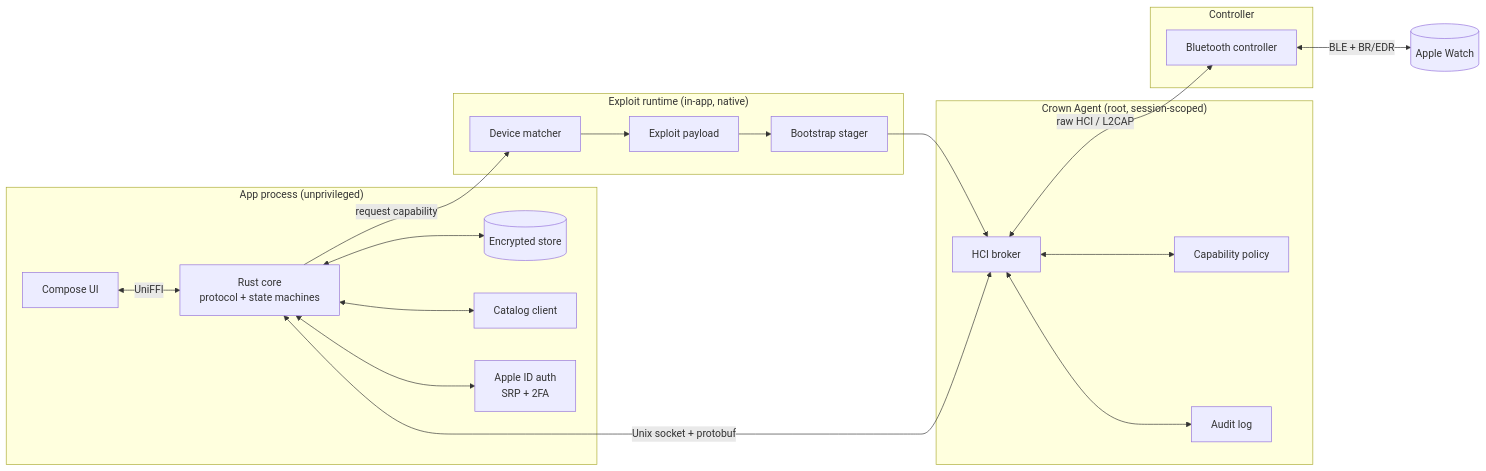
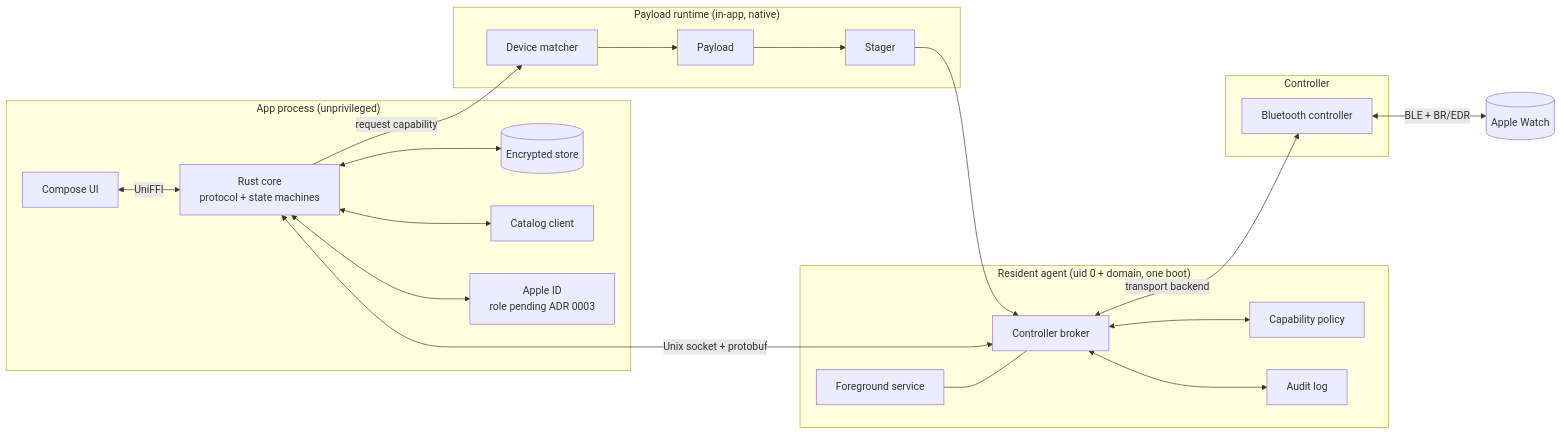
Before and after one commit to felix-homelab/open-crown: the first of 2 diagrams in docs/02-architecture.md, drawn with Mermaid. The commit also changed other lines of this file and 26 other files, not shown here.

````diff
--- a/docs/02-architecture.md
+++ b/docs/02-architecture.md
@@ -8,40 +8,42 @@
 ```mermaid
 flowchart LR
     subgraph App["App process (unprivileged)"]
         UI[Compose UI]
         Core[Rust core<br/>protocol + state machines]
         Store[(Encrypted store)]
         Cat[Catalog client]
-        Auth[Apple ID auth<br/>SRP + 2FA]
+        Auth[Apple ID<br/>role pending ADR 0003]
     end
 
-    subgraph Boot["Exploit runtime (in-app, native)"]
+    subgraph Boot["Payload runtime (in-app, native)"]
         Match[Device matcher]
-        Exp[Exploit payload]
-        Stage[Bootstrap stager]
+        Exp[Payload]
+        Stage[Stager]
     end
 
-    subgraph Agent["Crown Agent (root, session-scoped)"]
-        Broker[HCI broker]
+    subgraph Agent["Resident agent (uid 0 + domain, one boot)"]
+        Broker[Controller broker]
         Policy[Capability policy]
         Audit[Audit log]
+        Svc[Foreground service]
     end
 
     subgraph Radio["Controller"]
         HCI[Bluetooth controller]
     end
 
     Watch[(Apple Watch)]
 
     UI <-->|UniFFI| Core
     Core <--> Store
     Core <--> Cat
     Core <--> Auth
     Core -->|request capability| Match
     Match --> Exp --> Stage --> Broker
     Core <-->|Unix socket + protobuf| Broker
     Broker <--> Policy
     Broker <--> Audit
-    Broker <-->|raw HCI / L2CAP| HCI
+    Svc --- Broker
+    Broker <-->|transport backend| HCI
     HCI <-->|BLE + BR/EDR| Watch
 ```
````
